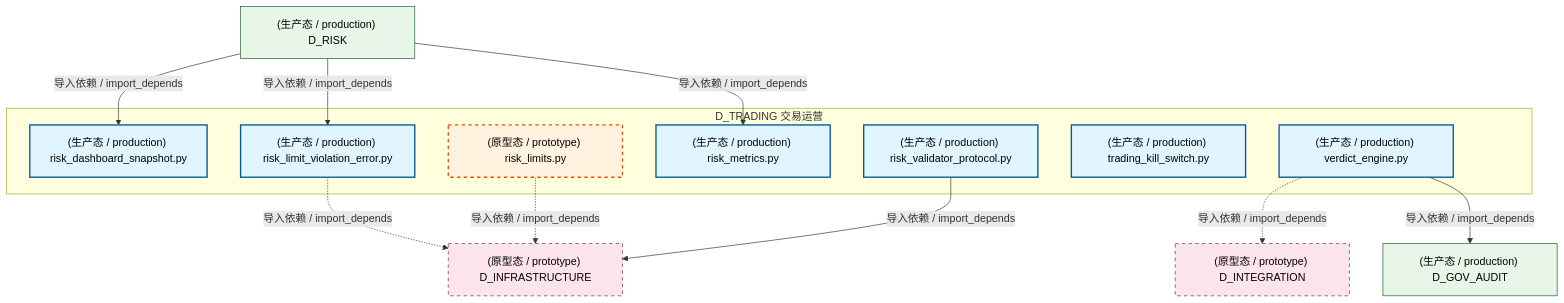
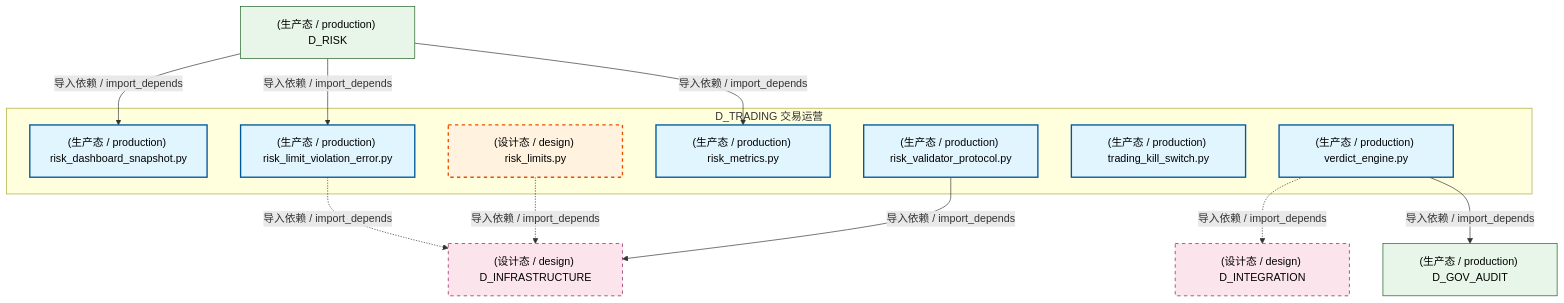
The second of 5 diagrams in docs/02_enterprise_architecture/02_domain_architecture_docs/58_d_trading.md (xuanFelixVan/ZephyrAlpha), drawn with Mermaid before and after one commit. The commit also changed other lines of this file and 177 other files, not shown here.

````diff
--- a/docs/02_enterprise_architecture/02_domain_architecture_docs/58_d_trading.md
+++ b/docs/02_enterprise_architecture/02_domain_architecture_docs/58_d_trading.md
@@ -197,32 +196,32 @@
 ```mermaid
 graph TD
     subgraph D_TRADING["D_TRADING 交易运营"]
         src_zephyr_trading_trading_contracts_risk_risk_dashboard_snapshot_py["(生产态 / production) risk_dashboard_snapshot.py"]
         src_zephyr_trading_trading_contracts_risk_risk_limit_violation_error_py["(生产态 / production) risk_limit_violation_error.py"]
-        src_zephyr_trading_trading_contracts_risk_risk_limits_py["(原型态 / prototype) risk_limits.py"]
+        src_zephyr_trading_trading_contracts_risk_risk_limits_py["(设计态 / design) risk_limits.py"]
         src_zephyr_trading_trading_contracts_risk_risk_metrics_py["(生产态 / production) risk_metrics.py"]
         src_zephyr_trading_trading_contracts_risk_risk_validator_protocol_py["(生产态 / production) risk_validator_protocol.py"]
         src_zephyr_trading_trading_contracts_risk_trading_kill_switch_py["(生产态 / production) trading_kill_switch.py"]
         src_zephyr_trading_verdict_engine_py["(生产态 / production) verdict_engine.py"]
     end
-    D_INFRASTRUCTURE["(原型态 / prototype) D_INFRASTRUCTURE"]
+    D_INFRASTRUCTURE["(设计态 / design) D_INFRASTRUCTURE"]
     src_zephyr_trading_trading_contracts_risk_risk_limit_violation_error_py -.->|导入依赖 / import_depends| D_INFRASTRUCTURE
     src_zephyr_trading_trading_contracts_risk_risk_limits_py -.->|导入依赖 / import_depends| D_INFRASTRUCTURE
-    D_INTEGRATION["(原型态 / prototype) D_INTEGRATION"]
+    D_INTEGRATION["(设计态 / design) D_INTEGRATION"]
     src_zephyr_trading_verdict_engine_py -.->|导入依赖 / import_depends| D_INTEGRATION
     src_zephyr_trading_trading_contracts_risk_risk_validator_protocol_py -->|导入依赖 / import_depends| D_INFRASTRUCTURE
     D_GOV_AUDIT["(生产态 / production) D_GOV_AUDIT"]
     src_zephyr_trading_verdict_engine_py -->|导入依赖 / import_depends| D_GOV_AUDIT
     D_RISK["(生产态 / production) D_RISK"]
     D_RISK -->|导入依赖 / import_depends| src_zephyr_trading_trading_contracts_risk_risk_dashboard_snapshot_py
     D_RISK -->|导入依赖 / import_depends| src_zephyr_trading_trading_contracts_risk_risk_limit_violation_error_py
     D_RISK -->|导入依赖 / import_depends| src_zephyr_trading_trading_contracts_risk_risk_metrics_py
     classDef production fill:#e1f5fe,stroke:#01579b,stroke-width:2px,color:#000
     classDef design fill:#fff3e0,stroke:#e65100,stroke-width:2px,color:#000,stroke-dasharray: 5 5
     classDef external_prod fill:#e8f5e9,stroke:#1b5e20,stroke-width:1px,color:#000
     classDef external_design fill:#fce4ec,stroke:#880e4f,stroke-width:1px,color:#000,stroke-dasharray: 5 5
     class src_zephyr_trading_trading_contracts_risk_risk_dashboard_snapshot_py,src_zephyr_trading_trading_contracts_risk_risk_limit_violation_error_py,src_zephyr_trading_trading_contracts_risk_risk_metrics_py,src_zephyr_trading_trading_contracts_risk_risk_validator_protocol_py,src_zephyr_trading_trading_contracts_risk_trading_kill_switch_py,src_zephyr_trading_verdict_engine_py production
     class src_zephyr_trading_trading_contracts_risk_risk_limits_py design
     class D_GOV_AUDIT,D_RISK external_prod
     class D_INFRASTRUCTURE,D_INTEGRATION external_design
 ```
````
